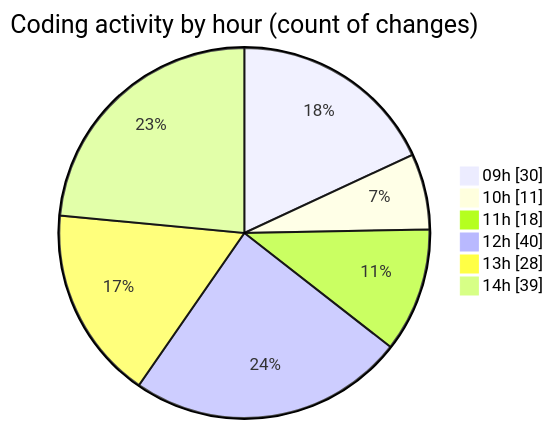
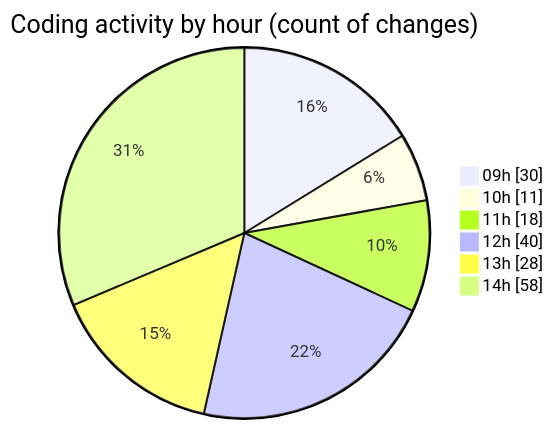
One commit to momahboobian/code-tracking changed the second of 2 diagrams in 2025-03-05/cda/README.md. Above: the diagram before and after it, drawn with Mermaid. The commit also changed other lines of this file and 1 other file, not shown here.

````diff
--- a/2025-03-05/cda/README.md
+++ b/2025-03-05/cda/README.md
@@ -59,10 +59,10 @@
 ```mermaid
 pie showData
 title Coding activity by hour (count of changes)
 "09h" : 30
 "10h" : 11
 "11h" : 18
 "12h" : 40
 "13h" : 28
-"14h" : 39
+"14h" : 58
 ```
````
